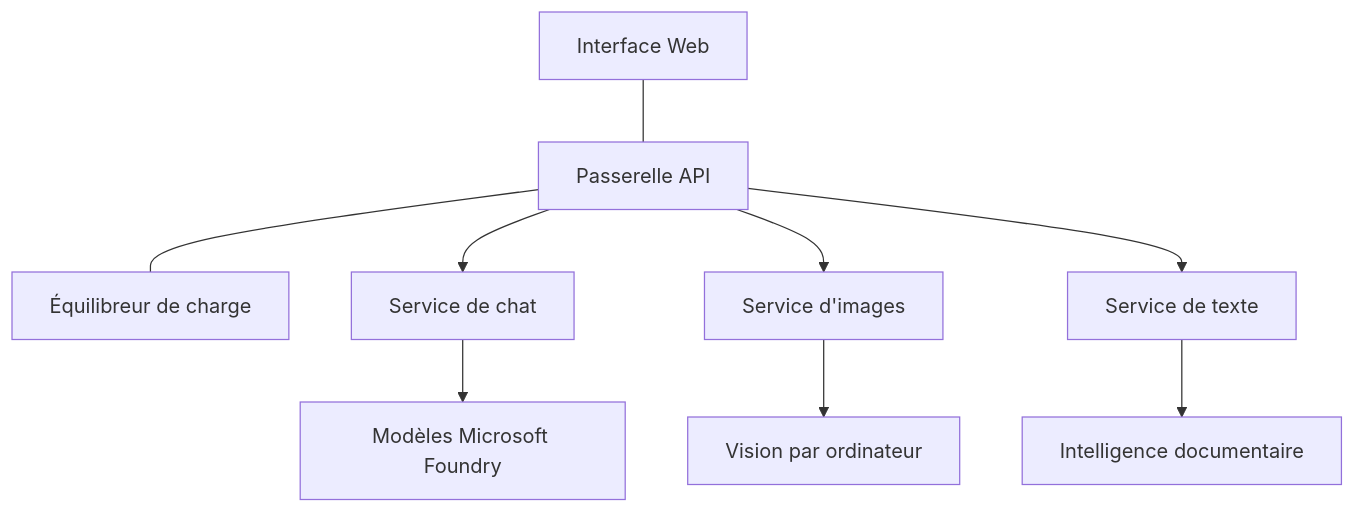
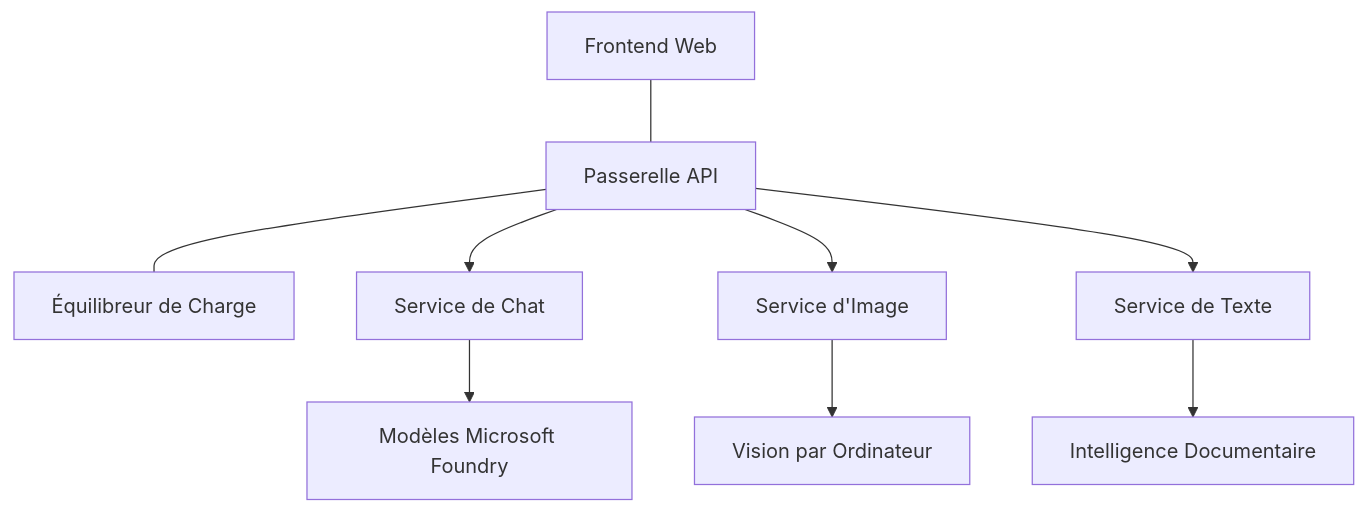
Before and after one commit to microsoft/AZD-for-beginners: the diagram in translations/fr/docs/chapter-08-production/production-ai-practices.md, drawn with Mermaid. The commit also changed other lines of this file and 99 other files, not shown here.

````diff
--- a/translations/fr/docs/chapter-08-production/production-ai-practices.md
+++ b/translations/fr/docs/chapter-08-production/production-ai-practices.md
@@ -30,10 +30,10 @@
 ```mermaid
 graph TD
-    Frontend[Interface Web] --- Gateway[Passerelle API] --- LB[Équilibreur de charge]
-    Gateway --> Chat[Service de chat]
-    Gateway --> Image[Service d'images]
-    Gateway --> Text[Service de texte]
+    Frontend[Frontend Web] --- Gateway[Passerelle API] --- LB[Équilibreur de Charge]
+    Gateway --> Chat[Service de Chat]
+    Gateway --> Image[Service d'Image]
+    Gateway --> Text[Service de Texte]
     Chat --> OpenAI[Modèles Microsoft Foundry]
-    Image --> Vision[Vision par ordinateur]
-    Text --> DocIntel[Intelligence documentaire]
-```
+    Image --> Vision[Vision par Ordinateur]
+    Text --> DocIntel[Intelligence Documentaire]
+```  
````
